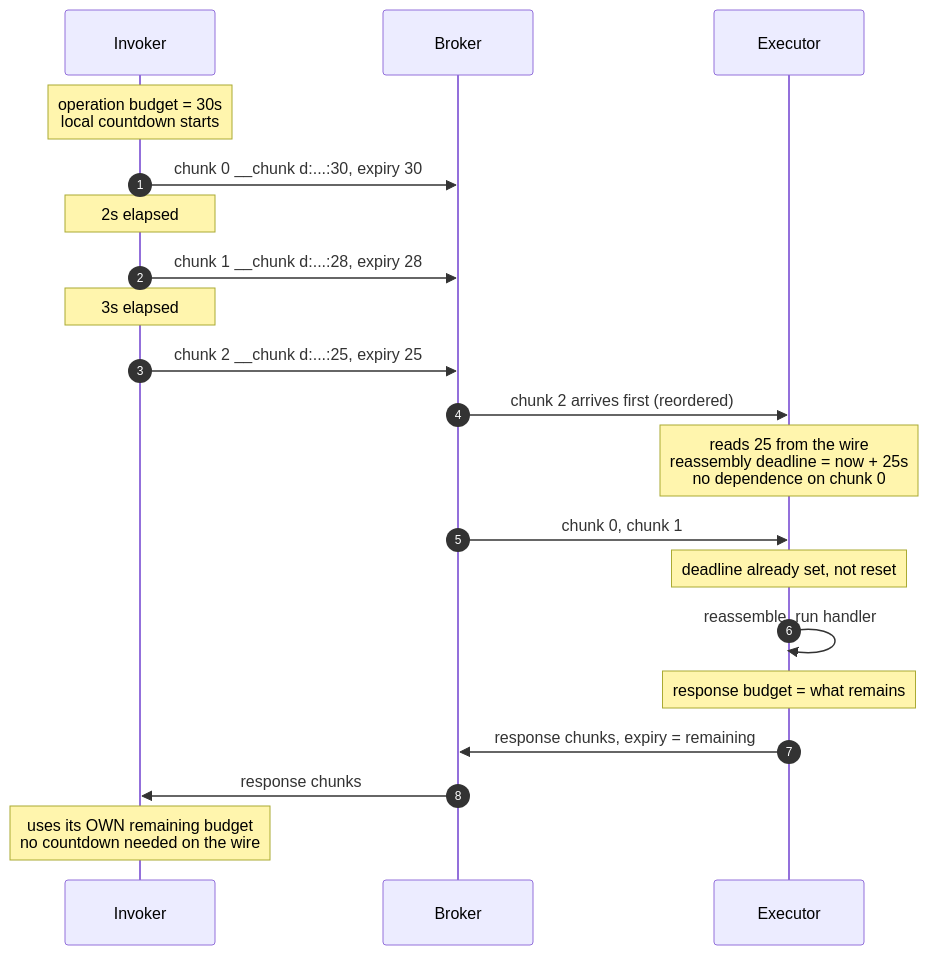
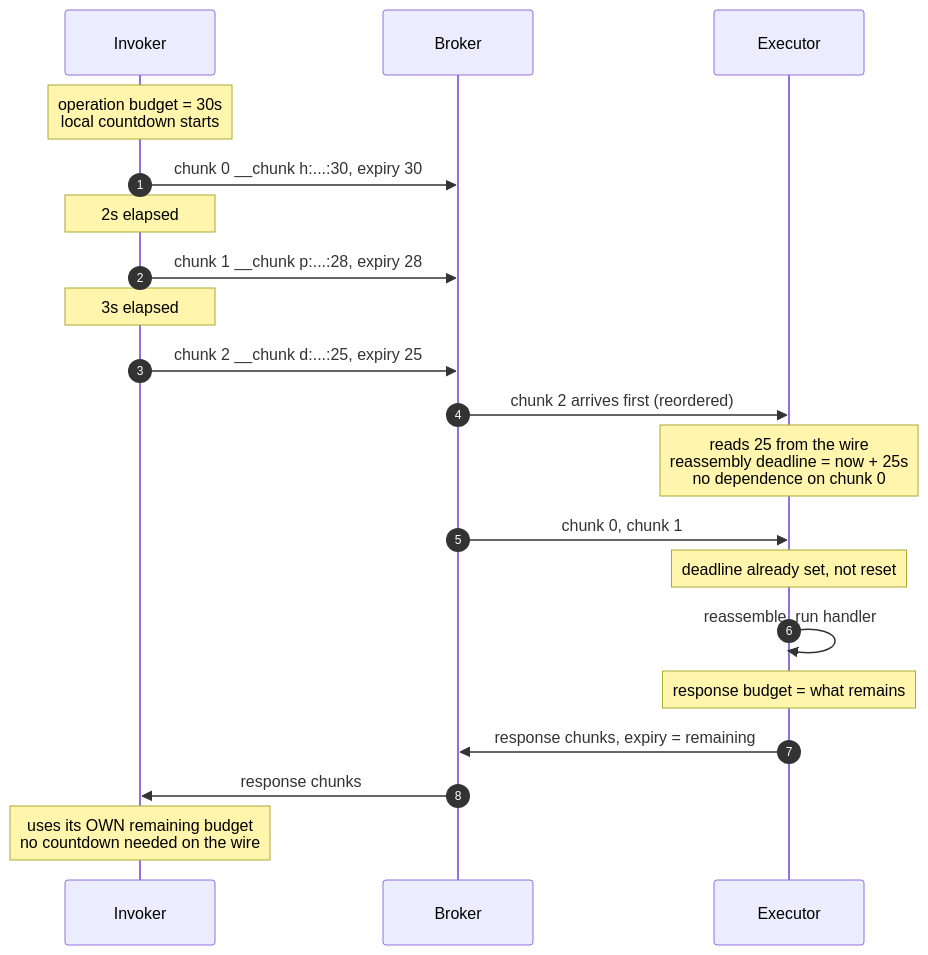
Before and after one commit to Azure/iot-operations-sdks: the third of 3 diagrams in doc/dev/rpc-chunking-poc-plan.md, drawn with Mermaid. The commit also changed other lines of this file and 28 other files, not shown here.

````diff
--- a/doc/dev/rpc-chunking-poc-plan.md
+++ b/doc/dev/rpc-chunking-poc-plan.md
@@ -872,25 +809,25 @@
 ```mermaid
 sequenceDiagram
     autonumber
     participant I as Invoker
     participant B as Broker
     participant E as Executor
 
     Note over I: operation budget = 30s<br/>local countdown starts
-    I->>B: chunk 0 __chunk d:...:30, expiry 30
+    I->>B: chunk 0 __chunk h:...:30, expiry 30
     Note over I: 2s elapsed
-    I->>B: chunk 1 __chunk d:...:28, expiry 28
+    I->>B: chunk 1 __chunk p:...:28, expiry 28
     Note over I: 3s elapsed
     I->>B: chunk 2 __chunk d:...:25, expiry 25
 
     B->>E: chunk 2 arrives first (reordered)
     Note over E: reads 25 from the wire<br/>reassembly deadline = now + 25s<br/>no dependence on chunk 0
     B->>E: chunk 0, chunk 1
     Note over E: deadline already set, not reset
 
     E->>E: reassemble, run handler
     Note over E: response budget = what remains
     E->>B: response chunks, expiry = remaining
     B->>I: response chunks
     Note over I: uses its OWN remaining budget<br/>no countdown needed on the wire
 ```
````
